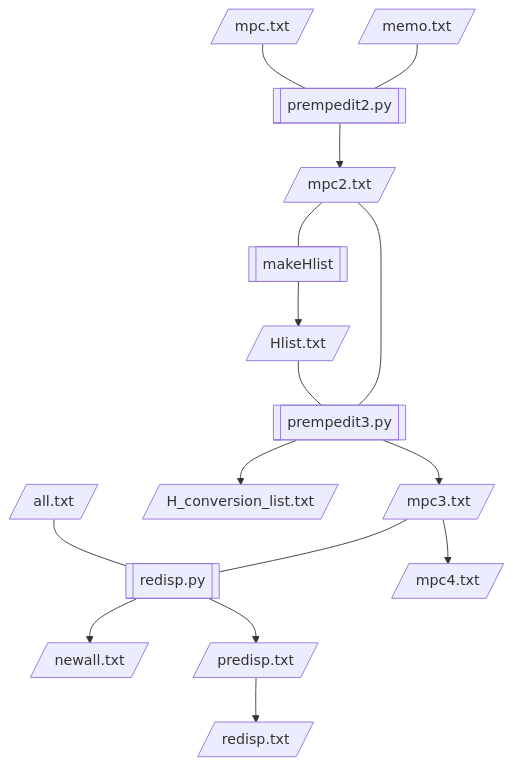
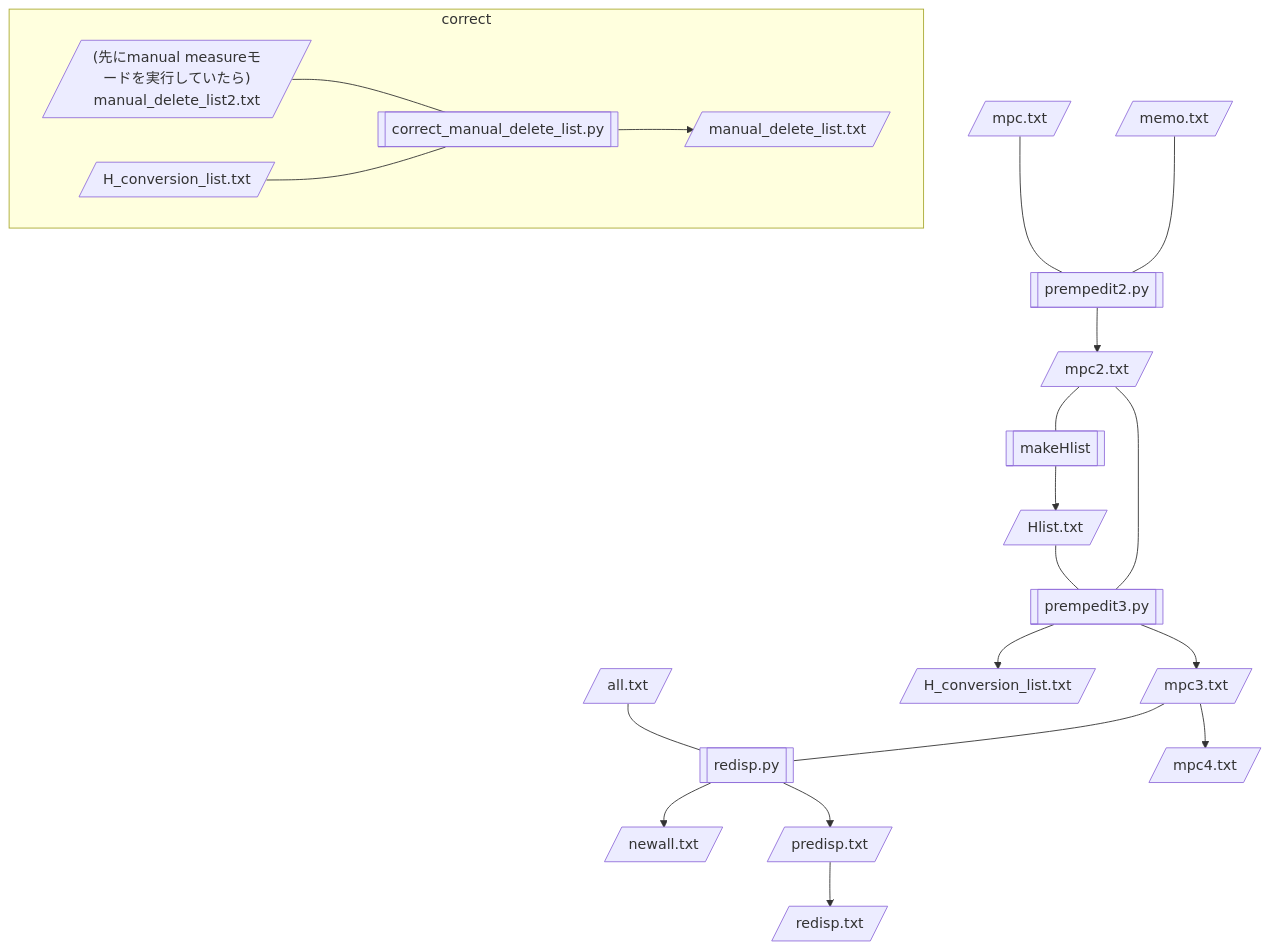
The diagram in flowcharts/flowchart5-AstsearchR_between_COIAS_and_ReCOIAS.md (COIAS-program/COIAS_program_github), drawn with Mermaid before and after one commit. The commit also changed 2 other files, not shown here.

Commit message:
manual measureの後にsearchモードで変更を行って番号がつけ変わっても、自動検出削除点の選択結果が正しくなるように補正するスクリプトを追加

```````diff
--- a/flowcharts/flowchart5-AstsearchR_between_COIAS_and_ReCOIAS.md
+++ b/flowcharts/flowchart5-AstsearchR_between_COIAS_and_ReCOIAS.md
@@ -3,35 +3,45 @@
 ```mermaid
 flowchart TD
     A[/memo.txt/] --- B[[prempedit2.py]]
     C[/mpc.txt/] --- B
     B --> D[/mpc2.txt/]
     D --- E[[makeHlist]]
     E --> F[/Hlist.txt/]
     D --- G[[prempedit3.py]]
     F --- G
     G --> H[/mpc3.txt/]
     G --> I[/H_conversion_list.txt/]
     H --- J[[redisp.py]]
     H --> K[/mpc4.txt/]
     L[/all.txt/] --- J
     J --> M[/newall.txt/]
     J --> N[/predisp.txt/]
     N --> O[/redisp.txt/]
 
+    subgraph correct
+        P[/"(先にmanual measureモードを実行していたら)"\nmanual_delete_list2.txt/] --- Q[[correct_manual_delete_list.py]]
+        R[/H_conversion_list.txt/] --- Q
+        Q --> S[/manual_delete_list.txt/]
+    end
+
     click B "https://github.com/COIAS-program/COIAS_program_github/blob/main/src6_between_COIAS_and_ReCOIAS/prempedit2.py"
     click E "https://github.com/COIAS-program/COIAS_program_github/blob/main/src6_between_COIAS_and_ReCOIAS/makeHlist"
     click G "https://github.com/COIAS-program/COIAS_program_github/blob/main/src6_between_COIAS_and_ReCOIAS/prempedit3.py"
     click J "https://github.com/COIAS-program/COIAS_program_github/blob/main/src6_between_COIAS_and_ReCOIAS/redisp.py"
+    click Q "https://github.com/COIAS-program/COIAS_program_github/blob/main/src6_between_COIAS_and_ReCOIAS/correct_manual_delete_list.py"
     
     click A "https://github.com/COIAS-program/COIAS_program_github/blob/main/flowcharts/sample5/memo.txt"
     click C "https://github.com/COIAS-program/COIAS_program_github/blob/main/flowcharts/sample4/mpc.txt"
     click D "https://github.com/COIAS-program/COIAS_program_github/blob/main/flowcharts/sample5/mpc2.txt"
     click F "https://github.com/COIAS-program/COIAS_program_github/blob/main/flowcharts/sample5/Hlist.txt"
     click H "https://github.com/COIAS-program/COIAS_program_github/blob/main/flowcharts/sample5/mpc3.txt"
     click I "https://github.com/COIAS-program/COIAS_program_github/blob/main/flowcharts/sample5/H_conversion_list.txt"
     click K "https://github.com/COIAS-program/COIAS_program_github/blob/main/flowcharts/sample5/mpc4.txt"
     click L "https://github.com/COIAS-program/COIAS_program_github/blob/main/flowcharts/sample4/all.txt"
     click M "https://github.com/COIAS-program/COIAS_program_github/blob/main/flowcharts/sample5/newall.txt"
     click N "https://github.com/COIAS-program/COIAS_program_github/blob/main/flowcharts/sample5/predisp.txt"
     click O "https://github.com/COIAS-program/COIAS_program_github/blob/main/flowcharts/sample5/redisp.txt"
+    click P "https://github.com/COIAS-program/COIAS_program_github/blob/main/flowcharts/sample6/manual_delete_list2.txt"
+    click R "https://github.com/COIAS-program/COIAS_program_github/blob/main/flowcharts/sample5/H_conversion_list.txt"
+    click S "https://github.com/COIAS-program/COIAS_program_github/blob/main/flowcharts/sample6/manual_delete_list.txt"
 ``````
```````
